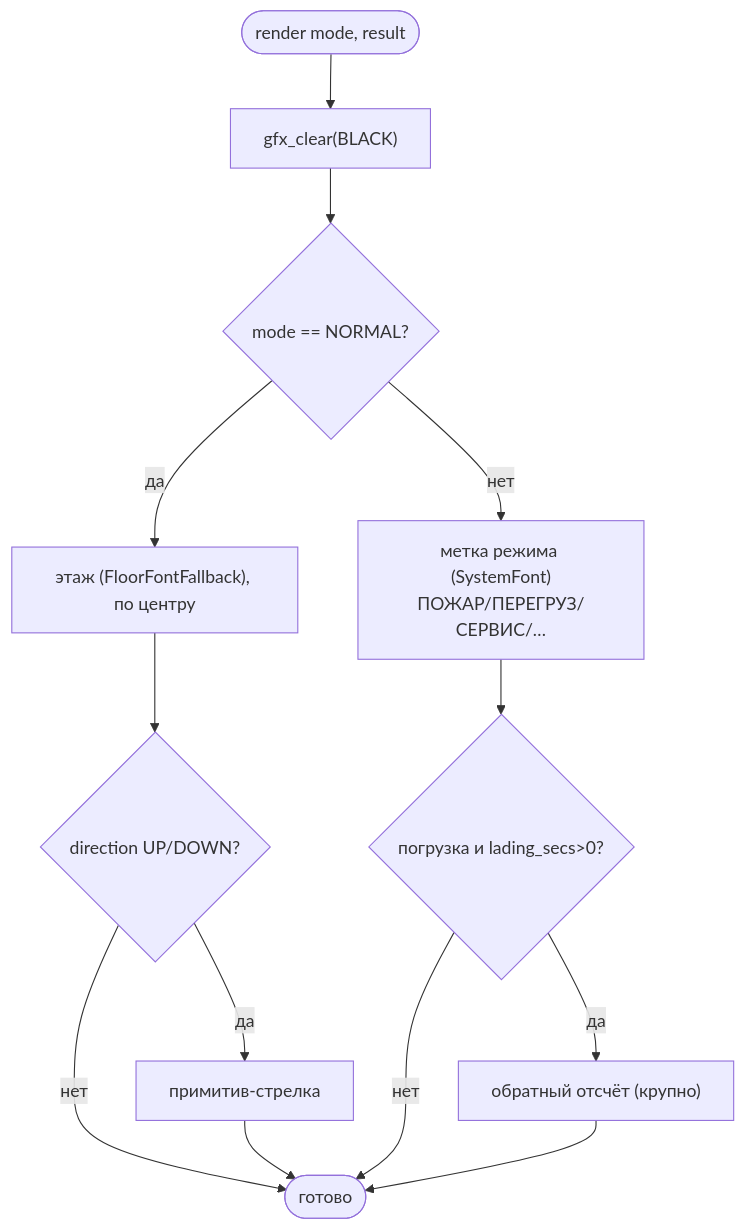
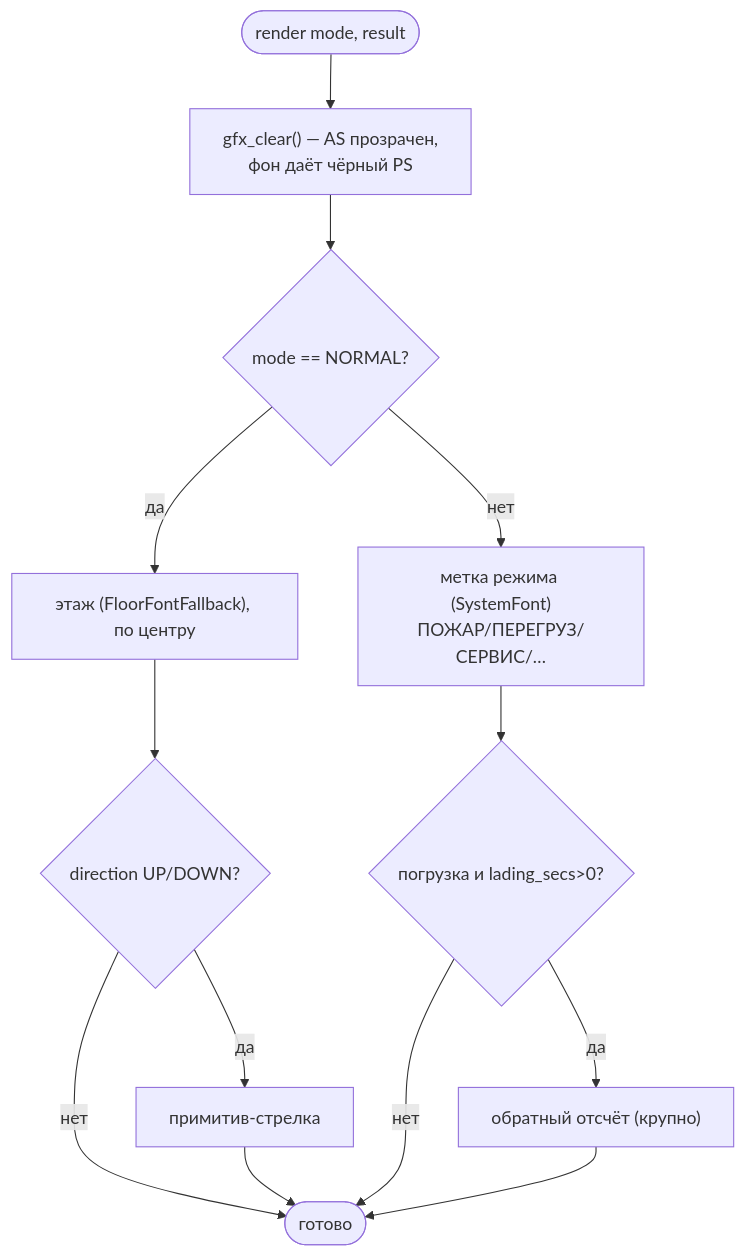
The first of 2 diagrams in docs/tft_app/FALLBACK.md (OSabuser/tft_manufacture_test), drawn with Mermaid before and after one commit. The commit also changed other lines of this file and 18 other files, not shown here.

````diff
--- a/docs/tft_app/FALLBACK.md
+++ b/docs/tft_app/FALLBACK.md
@@ -27,15 +27,15 @@
 ```mermaid
 flowchart TD
-    START([render mode, result]) --> CLR["gfx_clear(BLACK)"]
+    START([render mode, result]) --> CLR["gfx_clear() — AS прозрачен,<br/>фон даёт чёрный PS"]
     CLR --> Q{"mode == NORMAL?"}
     Q -->|да| POS["этаж (FloorFontFallback), по центру"]
     POS --> ARR{"direction UP/DOWN?"}
     ARR -->|да| DRAWARR["примитив-стрелка"]
     ARR -->|нет| DONE([готово])
     DRAWARR --> DONE
     Q -->|нет| LBL["метка режима (SystemFont)<br/>ПОЖАР/ПЕРЕГРУЗ/СЕРВИС/…"]
     LBL --> LAD{"погрузка и lading_secs>0?"}
     LAD -->|да| CNT["обратный отсчёт (крупно)"]
     LAD -->|нет| DONE
     CNT --> DONE
 ```
````
